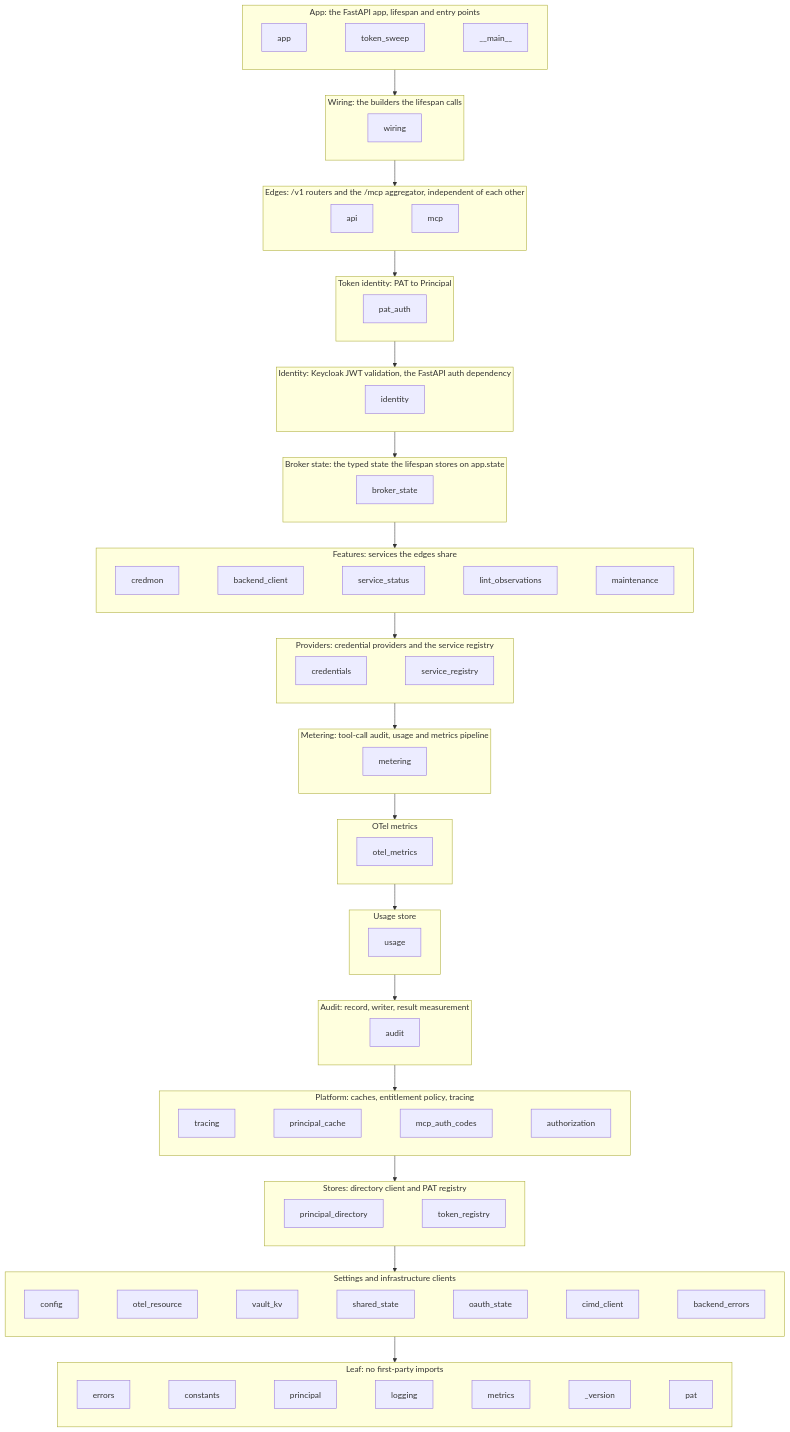
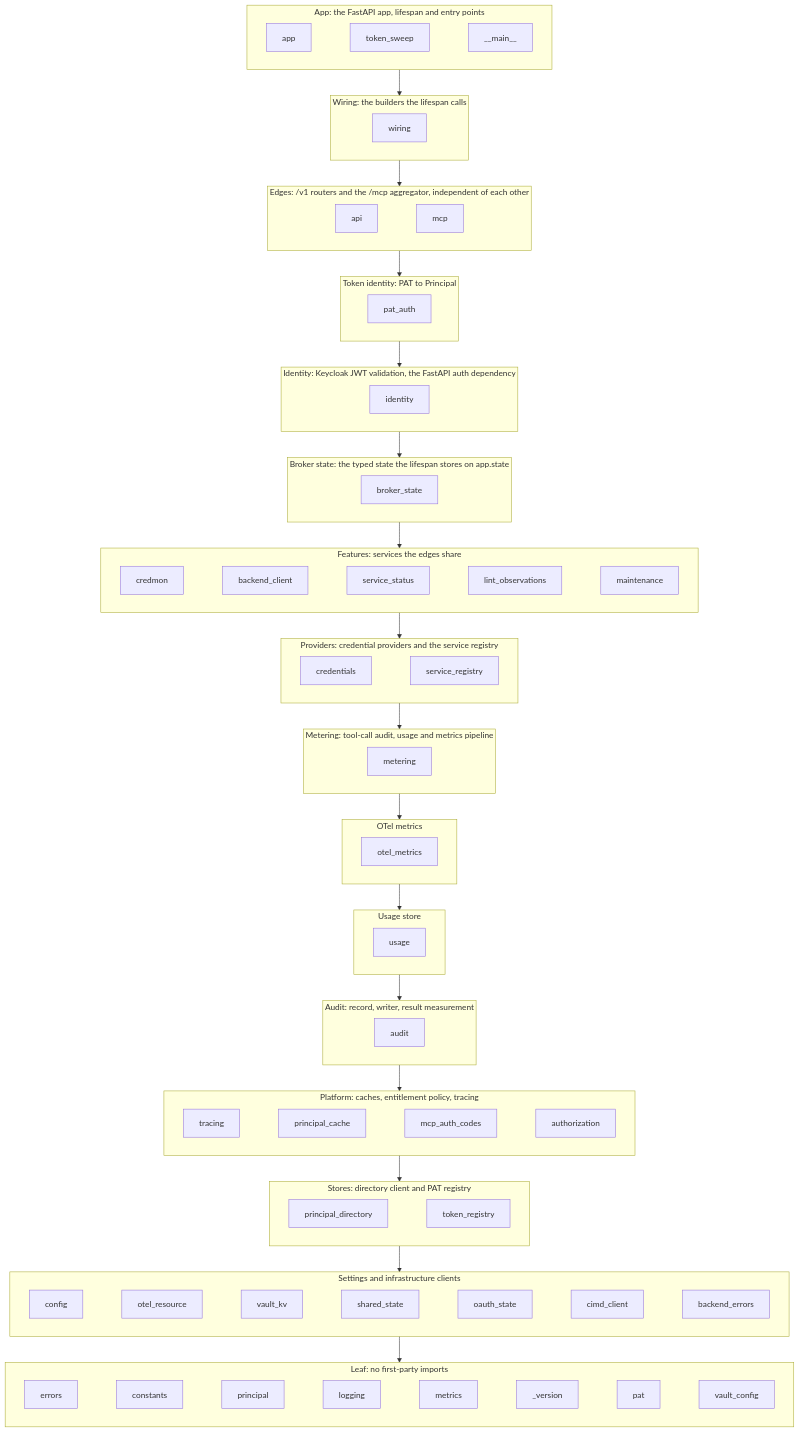
The diagram in docs/architecture.md (maniaclab/af-mcp-platform), drawn with Mermaid before and after one commit. The commit also changed 19 other files, not shown here.

First line of the commit message:
refactor(config): typed vault-selectable store settings (#491)

````diff
--- a/docs/architecture.md
+++ b/docs/architecture.md
@@ -422,7 +422,8 @@
         m_metrics["metrics"]
         m_version["_version"]
         m_pat["pat"]
-        m_errors ~~~ m_constants ~~~ m_principal ~~~ m_logging ~~~ m_metrics ~~~ m_version ~~~ m_pat
+        m_vault_config["vault_config"]
+        m_errors ~~~ m_constants ~~~ m_principal ~~~ m_logging ~~~ m_metrics ~~~ m_version ~~~ m_pat ~~~ m_vault_config
     end
     appL --> wiring --> edges --> tokenid --> ident --> stateL --> features --> providers --> meteringL --> otelL --> usageL --> auditL --> platform --> stores --> settings --> leaf
 ```
````
